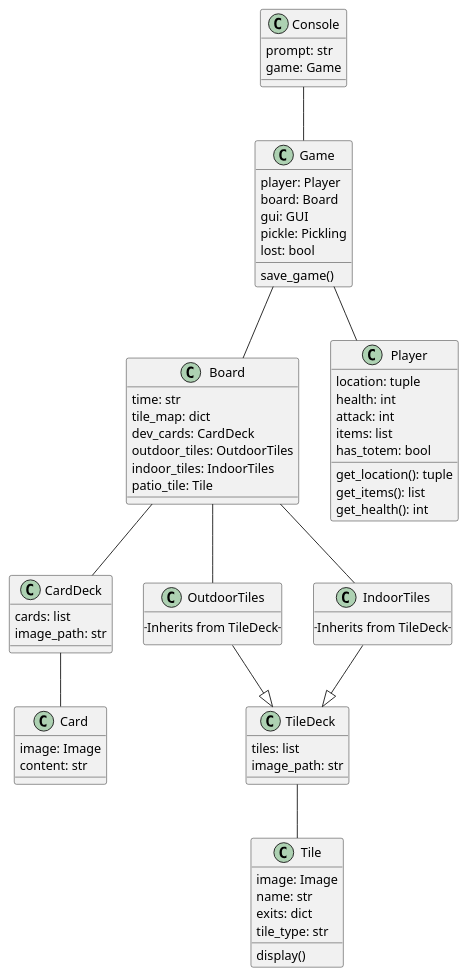
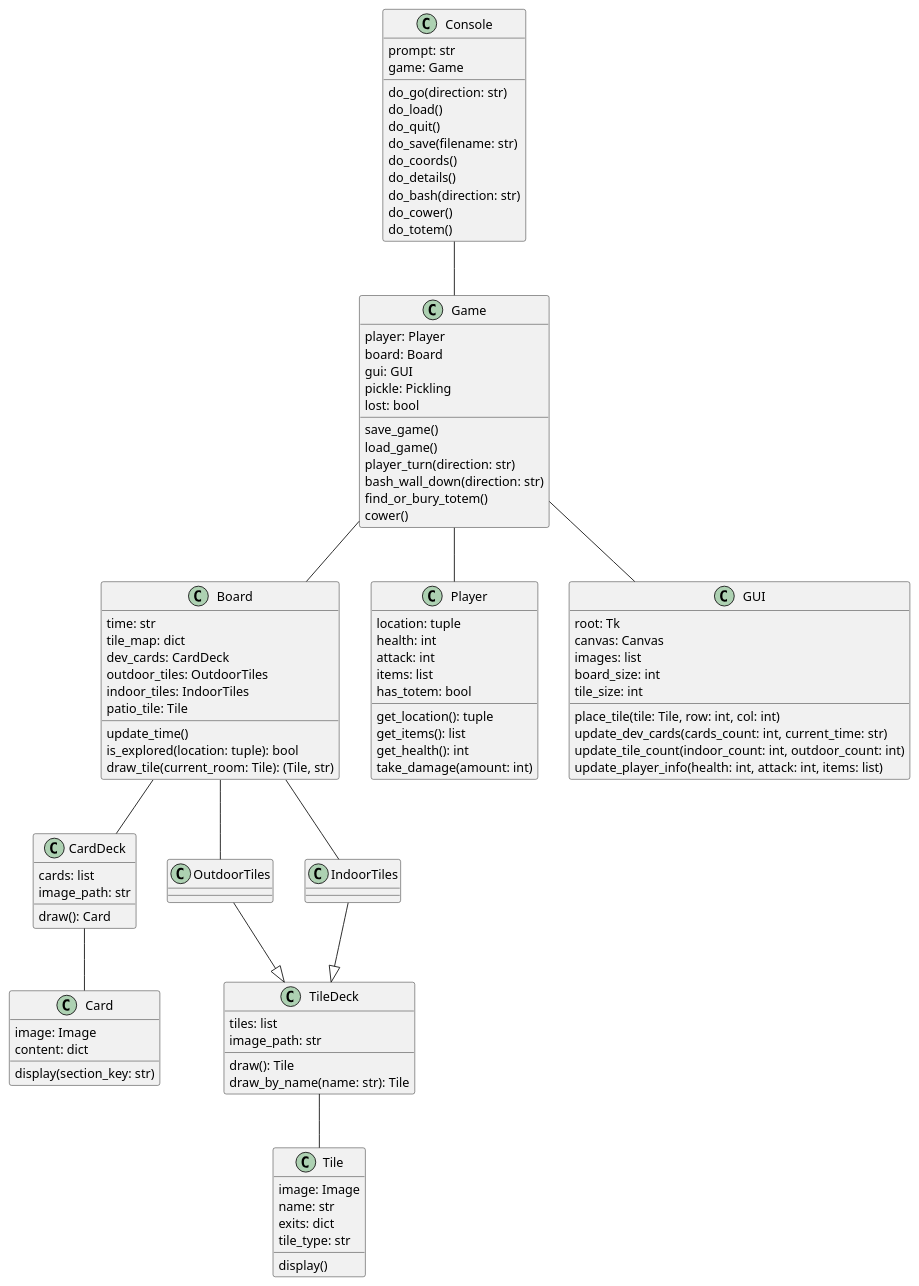
One commit to KeaganErasmus/ZIMPS changed the diagram in plant_uml.puml. Above: the diagram before and after it, drawn with PlantUML. The commit also changed other lines of this file and 1 other file, not shown here.

Commit message:
update UML and fix player init

```diff
--- a/plant_uml.puml
+++ b/plant_uml.puml
@@ -1,79 +1,110 @@
-@startuml
-
+@startuml ZIMP
 class Board {
     time: str
     tile_map: dict
     dev_cards: CardDeck
     outdoor_tiles: OutdoorTiles
     indoor_tiles: IndoorTiles
     patio_tile: Tile
+    update_time()
+    is_explored(location: tuple): bool
+    draw_tile(current_room: Tile): (Tile, str)
 }
 
 class Card {
     image: Image
-    content: str
+    content: dict
+    display(section_key: str)
 }
 
 class CardDeck {
     cards: list
     image_path: str
+    draw(): Card
 }
 
 class Console {
     prompt: str
     game: Game
+    do_go(direction: str)
+    do_load()
+    do_quit()
+    do_save(filename: str)
+    do_coords()
+    do_details()
+    do_bash(direction: str)
+    do_cower()
+    do_totem()
 }
 
 class Game {
     player: Player
     board: Board
     gui: GUI
     pickle: Pickling
     lost: bool
     save_game()
+    load_game()
+    player_turn(direction: str)
+    bash_wall_down(direction: str)
+    find_or_bury_totem()
+    cower()
 }
 
 class Player {
     location: tuple
     health: int
     attack: int
     items: list
     has_totem: bool
     get_location(): tuple
     get_items(): list
     get_health(): int
+    take_damage(amount: int)
+}
+
+class GUI {
+    root: Tk
+    canvas: Canvas
+    images: list
+    board_size: int
+    tile_size: int
+    place_tile(tile: Tile, row: int, col: int)
+    update_dev_cards(cards_count: int, current_time: str)
+    update_tile_count(indoor_count: int, outdoor_count: int)
+    update_player_info(health: int, attack: int, items: list)
 }
 
 class Tile {
     image: Image
     name: str
     exits: dict
     tile_type: str
     display()
 }
 
 class TileDeck {
     tiles: list
     image_path: str
+    draw(): Tile
+    draw_by_name(name: str): Tile
 }
 
 class OutdoorTiles {
-    -- Inherits from TileDeck --
 }
 
 class IndoorTiles {
-    -- Inherits from TileDeck --
 }
 
 Board -- CardDeck
 Board -- OutdoorTiles
 Board -- IndoorTiles
 CardDeck -- Card
 Console -- Game
+Game -- GUI
 Game -- Player
 Game -- Board
 TileDeck -- Tile
 OutdoorTiles --|> TileDeck
 IndoorTiles --|> TileDeck
-
 @enduml
```
